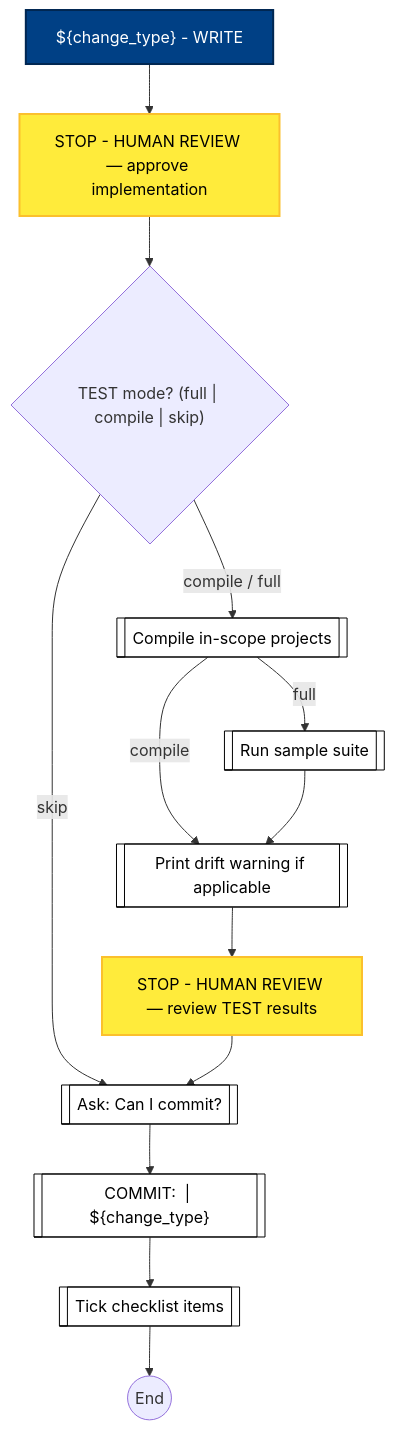
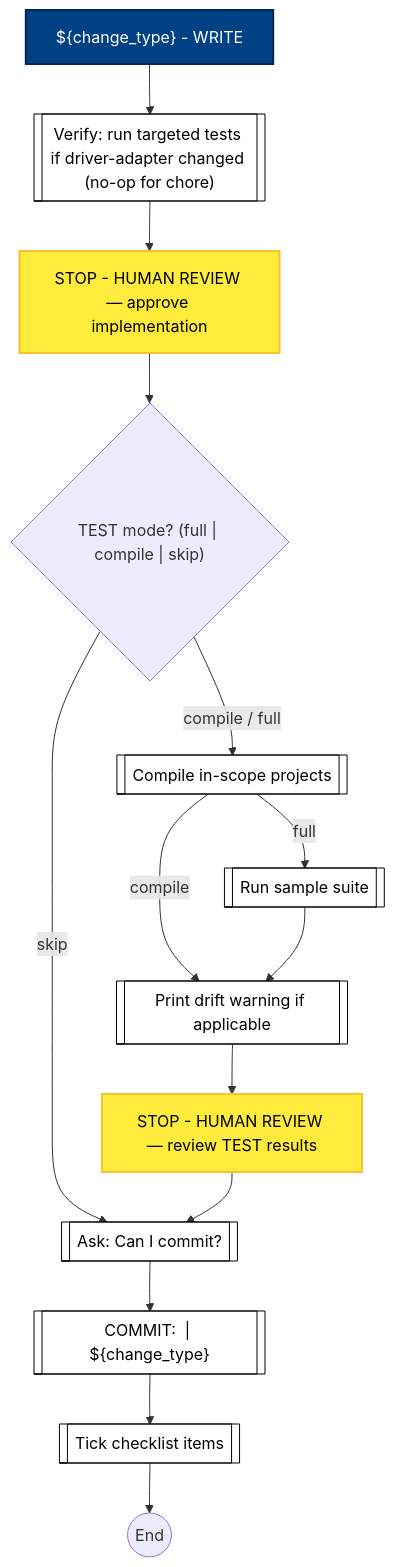
One commit to optivem/gh-optivem changed the ninth of 12 diagrams in docs/process-diagram.md. Above: the diagram before and after it, drawn with Mermaid. The commit also changed other lines of this file and 3 other files, not shown here.

Commit message:
atdd: regenerate process-flow diagram

````diff
--- a/docs/process-diagram.md
+++ b/docs/process-diagram.md
@@ -223,36 +233,38 @@
 ```mermaid
 flowchart TD
     ASK_COMMIT[[Ask: Can I commit?]]
     COMMIT_STRUCT[["COMMIT: <Ticket> | ${change_type}"]]
     COMPILE[[Compile in-scope projects]]
     DRIFT[[Print drift warning if applicable]]
     GATE_TEST_MODE{"TEST mode? (full | compile | skip)"}
     SAMPLE[[Run sample suite]]
     STOP_STRUCT_REVIEW[STOP - HUMAN REVIEW — approve implementation]
     STOP_STRUCT_TEST[STOP - HUMAN REVIEW — review TEST results]
     STRUCT_END((End))
     STRUCT_WRITE["${change_type} - WRITE"]
     TICK[[Tick checklist items]]
+    VERIFY_STRUCT_DRIVER[["Verify: run targeted tests if driver-adapter changed (no-op for chore)"]]
 
-    STRUCT_WRITE --> STOP_STRUCT_REVIEW
+    STRUCT_WRITE --> VERIFY_STRUCT_DRIVER
+    VERIFY_STRUCT_DRIVER --> STOP_STRUCT_REVIEW
     STOP_STRUCT_REVIEW --> GATE_TEST_MODE
     GATE_TEST_MODE -- skip --> ASK_COMMIT
     GATE_TEST_MODE -- compile / full --> COMPILE
     COMPILE -- full --> SAMPLE
     COMPILE -- compile --> DRIFT
     SAMPLE --> DRIFT
     DRIFT --> STOP_STRUCT_TEST
     STOP_STRUCT_TEST --> ASK_COMMIT
     ASK_COMMIT --> COMMIT_STRUCT
     COMMIT_STRUCT --> TICK
     TICK --> STRUCT_END
 
     classDef serviceNode fill:#ffffff,stroke:#000000,stroke-width:1px,color:#000000
-    class ASK_COMMIT,COMMIT_STRUCT,COMPILE,DRIFT,SAMPLE,TICK serviceNode
+    class ASK_COMMIT,COMMIT_STRUCT,COMPILE,DRIFT,SAMPLE,TICK,VERIFY_STRUCT_DRIVER serviceNode
 
     classDef agentNode fill:#004085,stroke:#002752,stroke-width:2px,color:#ffffff
     class STRUCT_WRITE agentNode
 
     classDef humanNode fill:#ffeb3b,stroke:#fbc02d,stroke-width:2px,color:#000000
     class STOP_STRUCT_REVIEW,STOP_STRUCT_TEST humanNode
 ```
````
